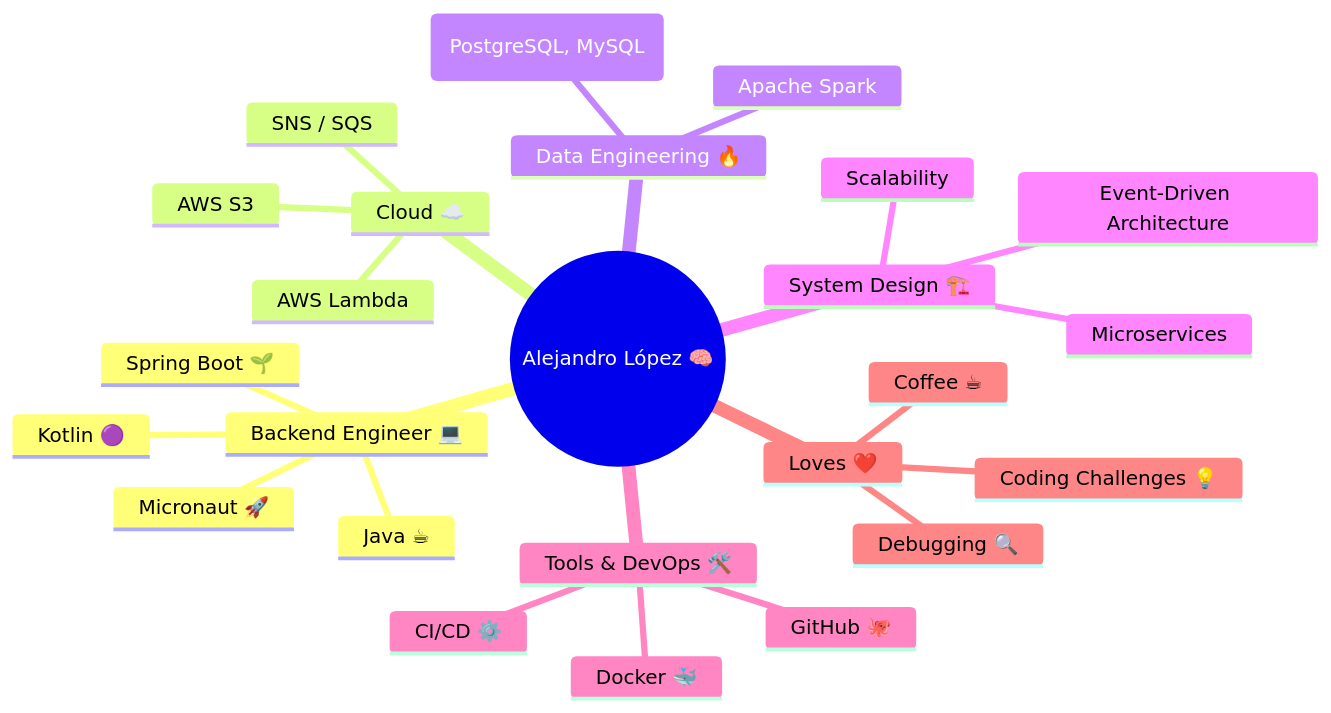
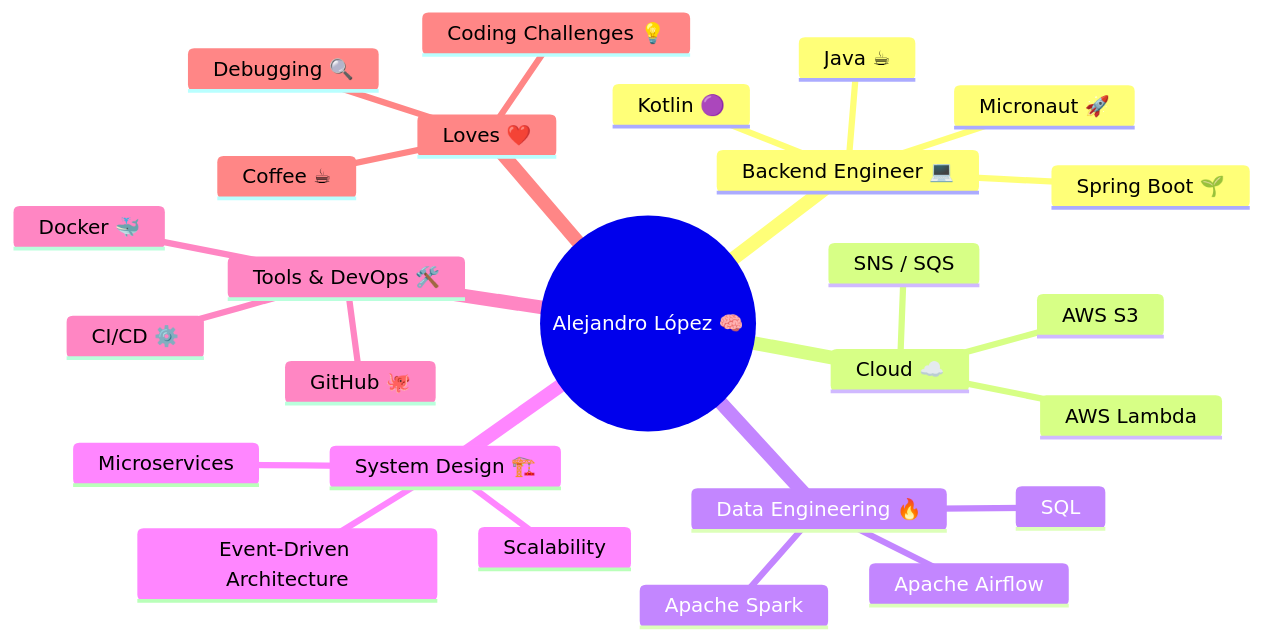
The first of 2 diagrams in README.md (lex-lopez/lex-lopez), drawn with Mermaid before and after one commit.

Commit message:
Update README.md
updatign readme file

````diff
--- a/README.md
+++ b/README.md
@@ -17,28 +17,29 @@
 ```mermaid
 mindmap
   root((Alejandro López 🧠))
     Backend Engineer 💻
       Java ☕
       Kotlin 🟣
       Spring Boot 🌱
       Micronaut 🚀
     Cloud ☁️
       AWS Lambda
       AWS S3
       SNS / SQS
     Data Engineering 🔥
       Apache Spark
-      SQL (PostgreSQL, MySQL)
+      Apache Airflow
+      SQL
     System Design 🏗️
       Scalability
       Microservices
       Event-Driven Architecture
     Tools & DevOps 🛠️
       Docker 🐳
       GitHub 🐙
       CI/CD ⚙️
     Loves ❤️
       Coffee ☕
       Debugging 🔍
       Coding Challenges 💡
 ```
````
